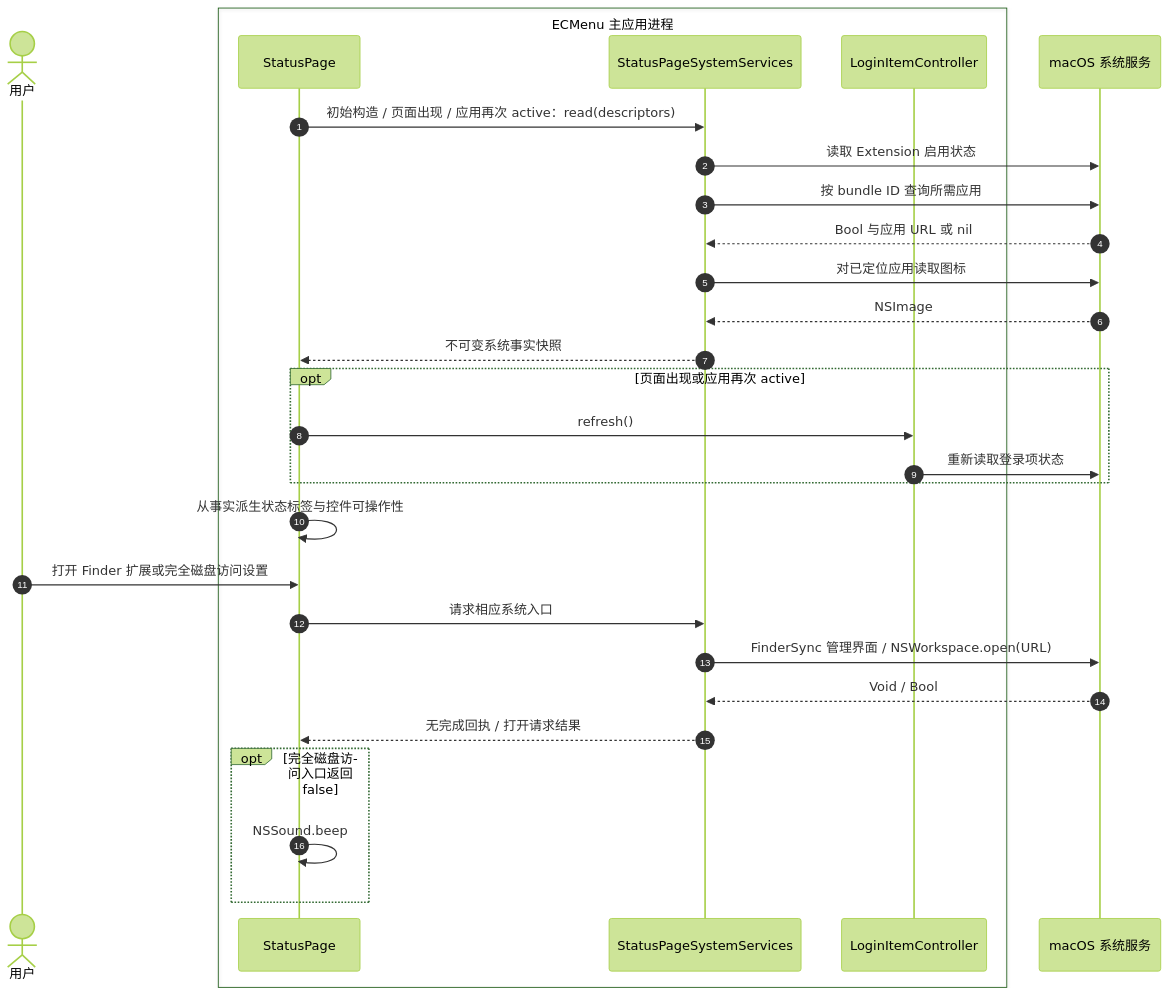
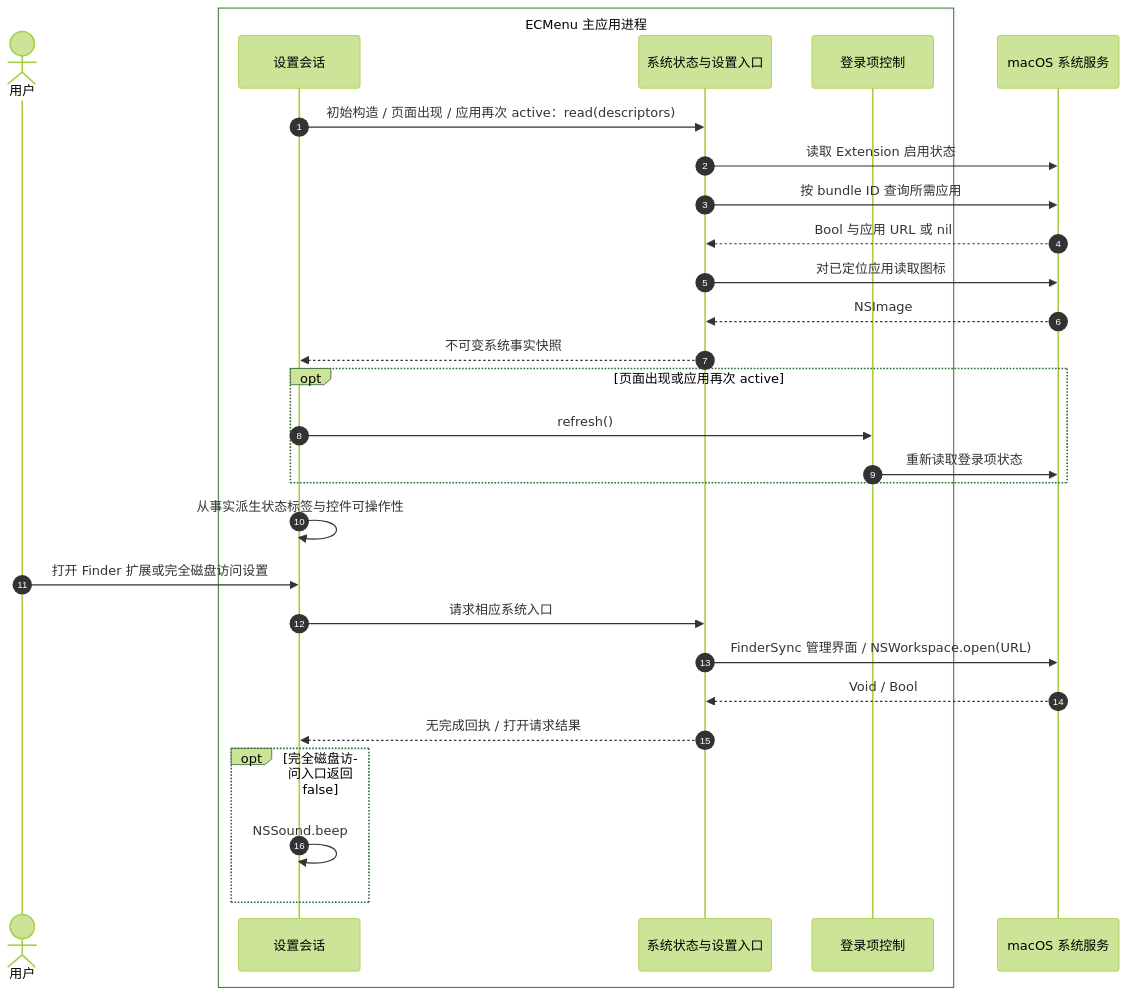
One commit to tlb-22/mac-tool-ecmenu changed the second of 3 diagrams in spec/Technical/Features/GeneralSettings.md. Above: the diagram before and after it, drawn with Mermaid (forest theme). The commit also changed other lines of this file and 38 other files, not shown here.

````diff
--- a/spec/Technical/Features/GeneralSettings.md
+++ b/spec/Technical/Features/GeneralSettings.md
@@ -61,31 +61,31 @@
 ```mermaid
 sequenceDiagram
     autonumber
     actor U as 用户
     box ECMenu 主应用进程
-        participant V as StatusPage
-        participant A as StatusPageSystemServices
-        participant C as LoginItemController
+        participant V as 设置会话
+        participant A as 系统状态与设置入口
+        participant C as 登录项控制
     end
     participant S as macOS 系统服务
     V->>A: 初始构造 / 页面出现 / 应用再次 active：read(descriptors)
     A->>S: 读取 Extension 启用状态
     A->>S: 按 bundle ID 查询所需应用
     S-->>A: Bool 与应用 URL 或 nil
     A->>S: 对已定位应用读取图标
     S-->>A: NSImage
     A-->>V: 不可变系统事实快照
     opt 页面出现或应用再次 active
         V->>C: refresh()
         C->>S: 重新读取登录项状态
     end
     V->>V: 从事实派生状态标签与控件可操作性
     U->>V: 打开 Finder 扩展或完全磁盘访问设置
     V->>A: 请求相应系统入口
     A->>S: FinderSync 管理界面 / NSWorkspace.open(URL)
     S-->>A: Void / Bool
     A-->>V: 无完成回执 / 打开请求结果
     opt 完全磁盘访问入口返回 false
         V->>V: NSSound.beep
     end
 ```
````
